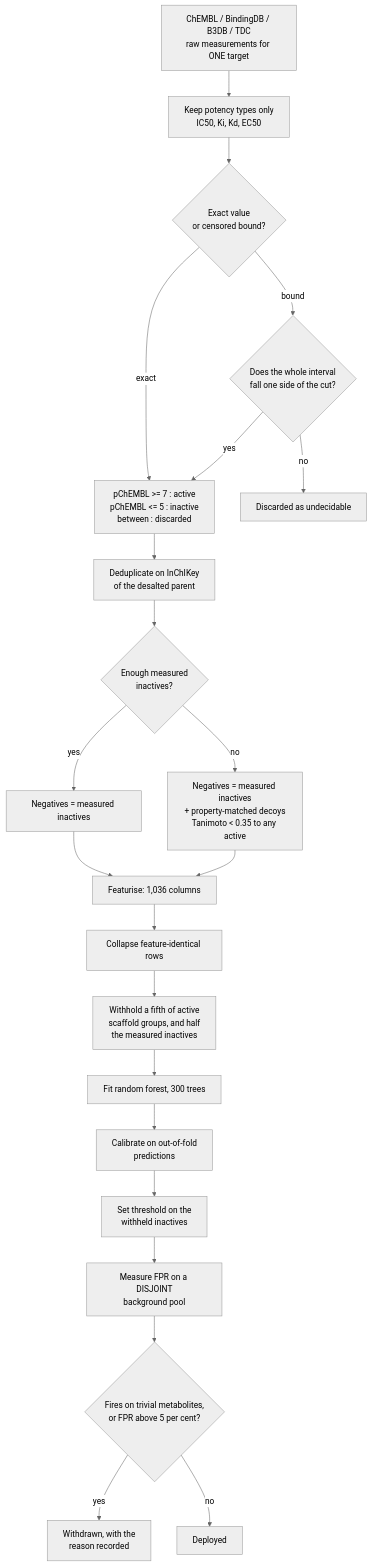
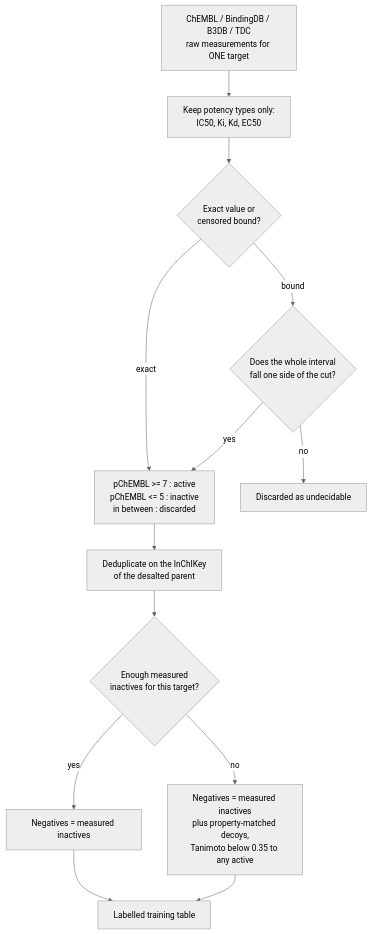
One commit to krishna-g-999/brainsafe-ai changed the first of 4 diagrams in docs/TECHNICAL_REPORT.md. Above: the diagram before and after it, drawn with Mermaid (neutral theme). The commit also changed other lines of this file and 7 other files, not shown here.

````diff
--- a/docs/TECHNICAL_REPORT.md
+++ b/docs/TECHNICAL_REPORT.md
@@ -277,24 +283,15 @@
 ```mermaid
 flowchart TD
-    A[ChEMBL / BindingDB / B3DB / TDC<br/>raw measurements for ONE target] --> B[Keep potency types only<br/>IC50, Ki, Kd, EC50]
-    B --> C{Exact value<br/>or censored bound?}
-    C -->|exact| D[pChEMBL >= 7 : active<br/>pChEMBL <= 5 : inactive<br/>between : discarded]
+    A[ChEMBL / BindingDB / B3DB / TDC<br/>raw measurements for ONE target] --> B[Keep potency types only:<br/>IC50, Ki, Kd, EC50]
+    B --> C{Exact value or<br/>censored bound?}
+    C -->|exact| D[pChEMBL >= 7 : active<br/>pChEMBL <= 5 : inactive<br/>in between : discarded]
     C -->|bound| E{Does the whole interval<br/>fall one side of the cut?}
     E -->|yes| D
     E -->|no| F[Discarded as undecidable]
-    D --> G[Deduplicate on InChIKey<br/>of the desalted parent]
-    G --> H{Enough measured<br/>inactives?}
+    D --> G[Deduplicate on the InChIKey<br/>of the desalted parent]
+    G --> H{Enough measured<br/>inactives for this target?}
     H -->|yes| I[Negatives = measured inactives]
-    H -->|no| J[Negatives = measured inactives<br/>+ property-matched decoys<br/>Tanimoto < 0.35 to any active]
-    I --> K[Featurise: 1,036 columns]
+    H -->|no| J[Negatives = measured inactives<br/>plus property-matched decoys,<br/>Tanimoto below 0.35 to any active]
+    I --> K[Labelled training table]
     J --> K
-    K --> L[Collapse feature-identical rows]
-    L --> M[Withhold a fifth of active<br/>scaffold groups, and half<br/>the measured inactives]
-    M --> N[Fit random forest, 300 trees]
-    N --> O[Calibrate on out-of-fold<br/>predictions]
-    O --> P[Set threshold on the<br/>withheld inactives]
-    P --> Q[Measure FPR on a DISJOINT<br/>background pool]
-    Q --> R{Fires on trivial metabolites,<br/>or FPR above 5 per cent?}
-    R -->|yes| S[Withdrawn, with the<br/>reason recorded]
-    R -->|no| T[Deployed]
 ```
````
